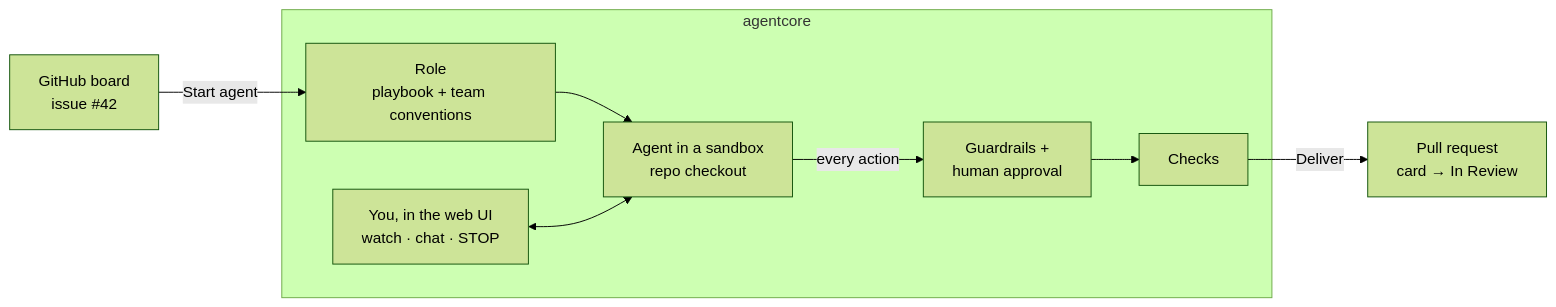
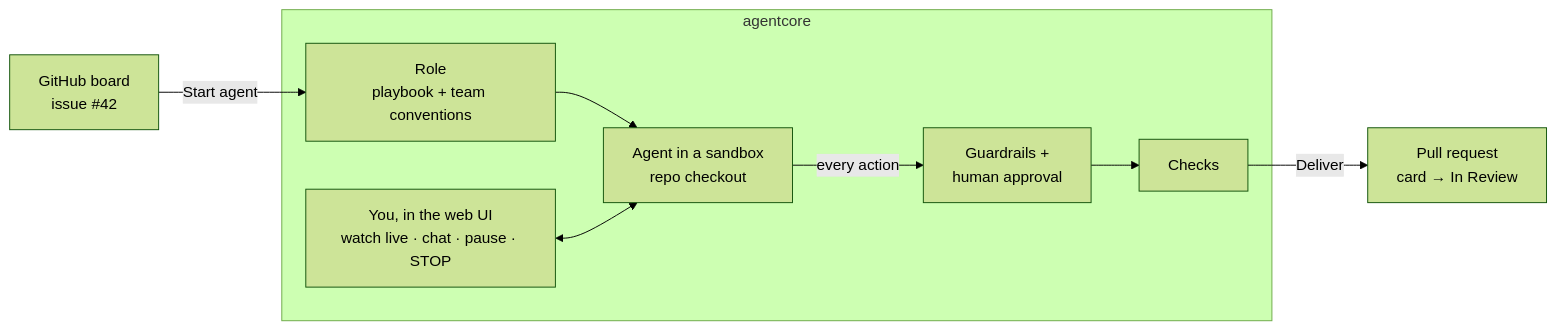
The diagram in README.md (Jaelse/agentcore), drawn with Mermaid (forest theme) before and after one commit. The commit also changed other lines of this file and 6 other files, not shown here.

````diff
--- a/README.md
+++ b/README.md
@@ -15,11 +15,11 @@
 ```mermaid
 flowchart LR
     B["GitHub board<br/>issue #42"] -- "Start agent" --> RO
     subgraph AC["agentcore"]
         RO["Role<br/>playbook + team conventions"] --> AG["Agent in a sandbox<br/>repo checkout"]
         AG -- "every action" --> GR["Guardrails +<br/>human approval"]
-        YOU["You, in the web UI<br/>watch · chat · STOP"] <--> AG
+        YOU["You, in the web UI<br/>watch live · chat · pause · STOP"] <--> AG
         GR --> CH["Checks"]
     end
     CH -- "Deliver" --> PR["Pull request<br/>card → In Review"]
 ```
````
